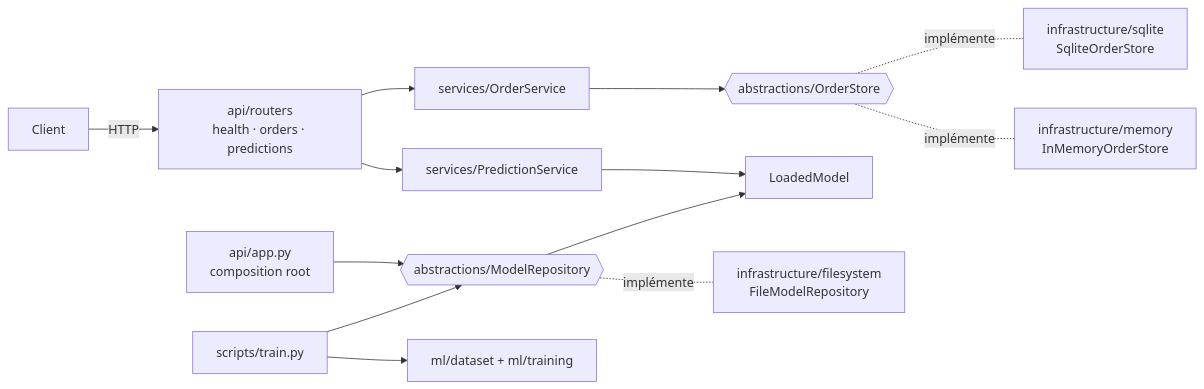
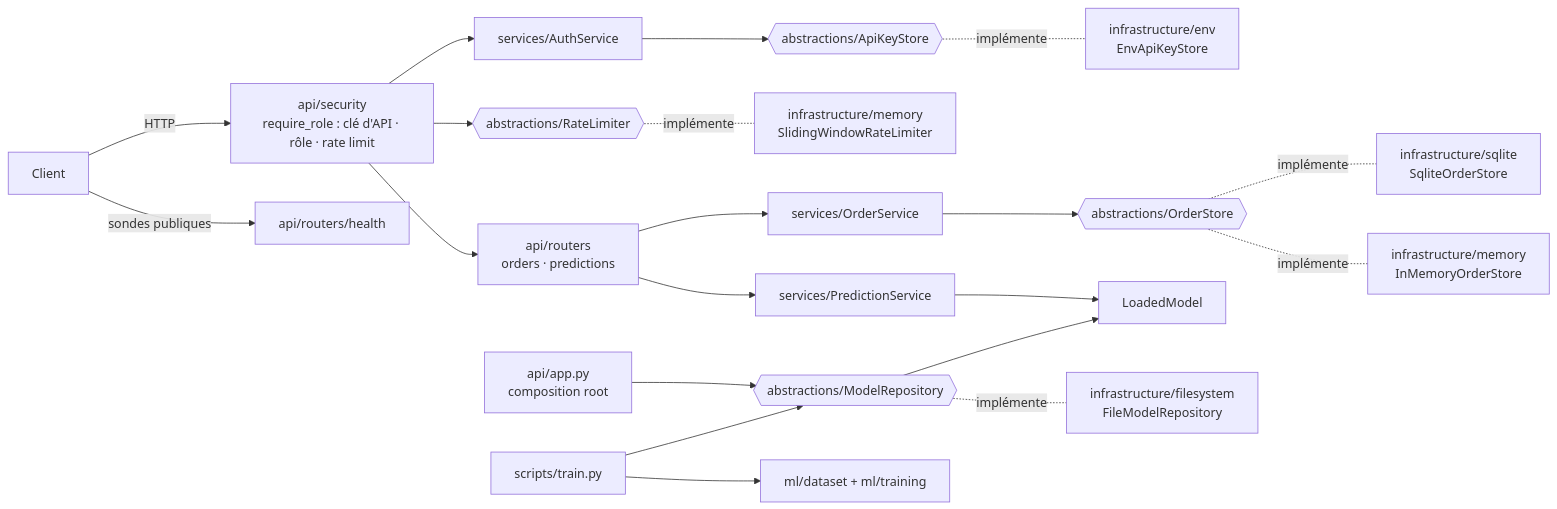
The first of 2 diagrams in docs/architecture.md (Min3r0/Industrialisation_IA_Cloud), drawn with Mermaid before and after one commit. The commit also changed other lines of this file and 24 other files, not shown here.

````diff
--- a/docs/architecture.md
+++ b/docs/architecture.md
@@ -14,15 +14,22 @@
 ```mermaid
 flowchart LR
-    Client -->|HTTP| API[api/routers<br/>health · orders · predictions]
+    Client -->|HTTP| SEC[api/security<br/>require_role : clé d'API · rôle · rate limit]
+    Client -->|sondes publiques| H[api/routers/health]
+    SEC --> API[api/routers<br/>orders · predictions]
+    SEC --> AS[services/AuthService]
+    AS --> KSP{{abstractions/ApiKeyStore}}
+    SEC --> RLP{{abstractions/RateLimiter}}
+    KSP -.implémente.- ENV[infrastructure/env<br/>EnvApiKeyStore]
+    RLP -.implémente.- SW[infrastructure/memory<br/>SlidingWindowRateLimiter]
     API --> OS[services/OrderService]
     API --> PS[services/PredictionService]
     OS --> OSP{{abstractions/OrderStore}}
     PS --> LM[LoadedModel]
     APP[api/app.py<br/>composition root] --> MRP{{abstractions/ModelRepository}}
     MRP --> LM
     OSP -.implémente.- SQL[infrastructure/sqlite<br/>SqliteOrderStore]
     OSP -.implémente.- MEM[infrastructure/memory<br/>InMemoryOrderStore]
     MRP -.implémente.- FS[infrastructure/filesystem<br/>FileModelRepository]
     TRAIN[scripts/train.py] --> ML[ml/dataset + ml/training]
     TRAIN --> MRP
 ```
````
